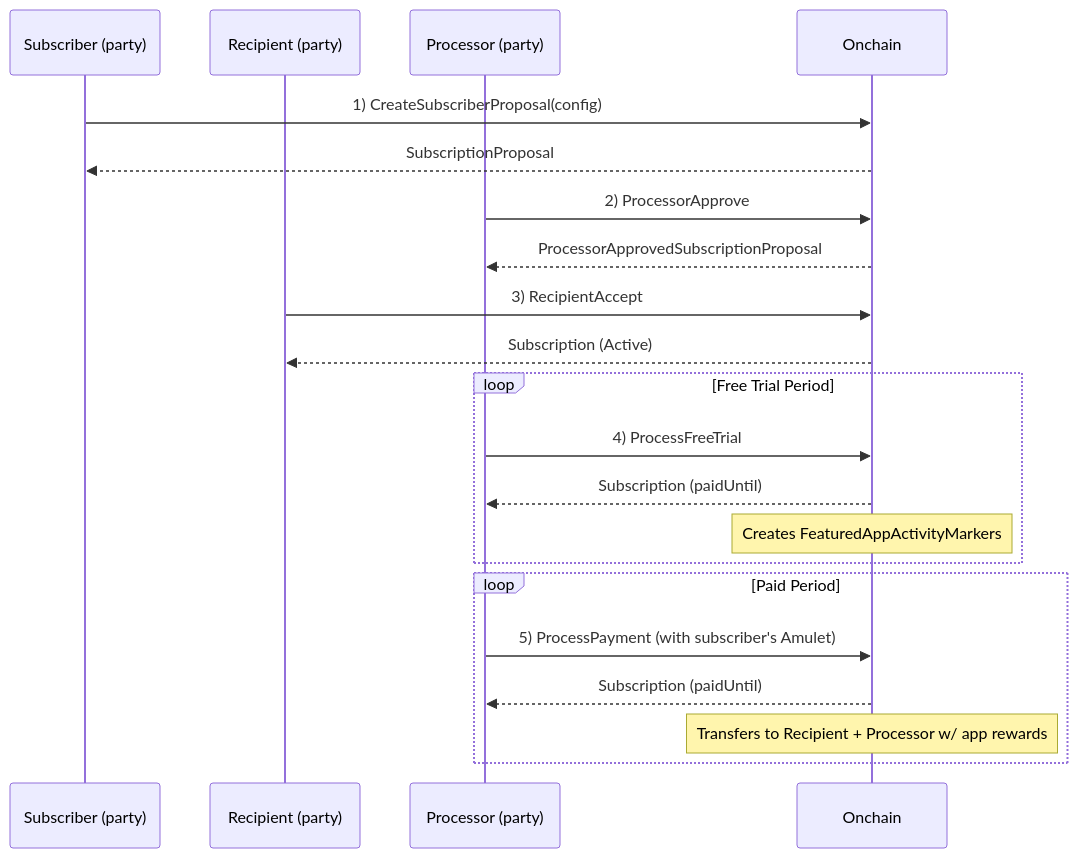
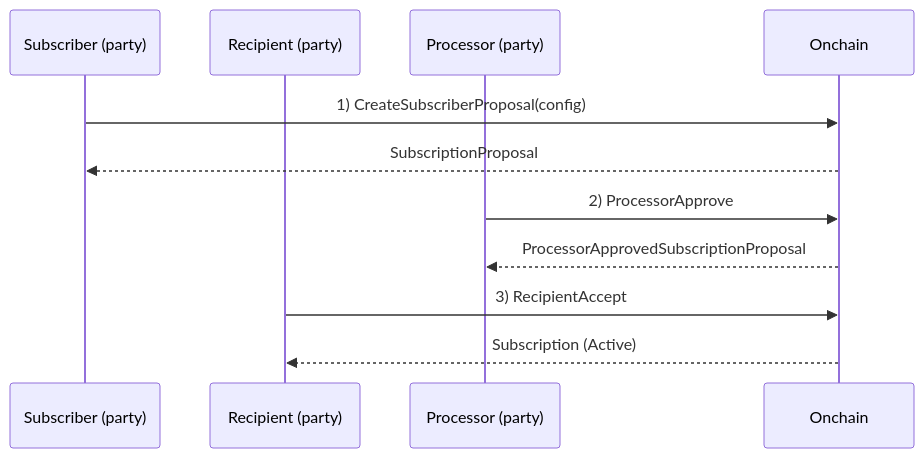
Before and after one commit to Fairmint/open-captable-protocol-daml: the first of 7 diagrams in Subscriptions-v01/README.md, drawn with Mermaid. The commit also changed other lines of this file and 18 other files, not shown here.

````diff
--- a/Subscriptions-v01/README.md
+++ b/Subscriptions-v01/README.md
@@ -40,28 +49,16 @@
 ```mermaid
 sequenceDiagram
     participant S as Subscriber (party)
     participant R as Recipient (party)
     participant P as Processor (party)
     participant O as Onchain
     
     S->>O: 1) CreateSubscriberProposal(config)
     O-->>S: SubscriptionProposal
     
     P->>O: 2) ProcessorApprove
     O-->>P: ProcessorApprovedSubscriptionProposal
     
     R->>O: 3) RecipientAccept
     O-->>R: Subscription (Active)
-    
-    loop Free Trial Period
-        P->>O: 4) ProcessFreeTrial
-        O-->>P: Subscription (paidUntil)
-        Note over O: Creates FeaturedAppActivityMarkers
-    end
-    
-    loop Paid Period
-        P->>O: 5) ProcessPayment (with subscriber's Amulet)
-        O-->>P: Subscription (paidUntil)
-        Note over O: Transfers to Recipient + Processor w/ app rewards
-    end
 ```
````
